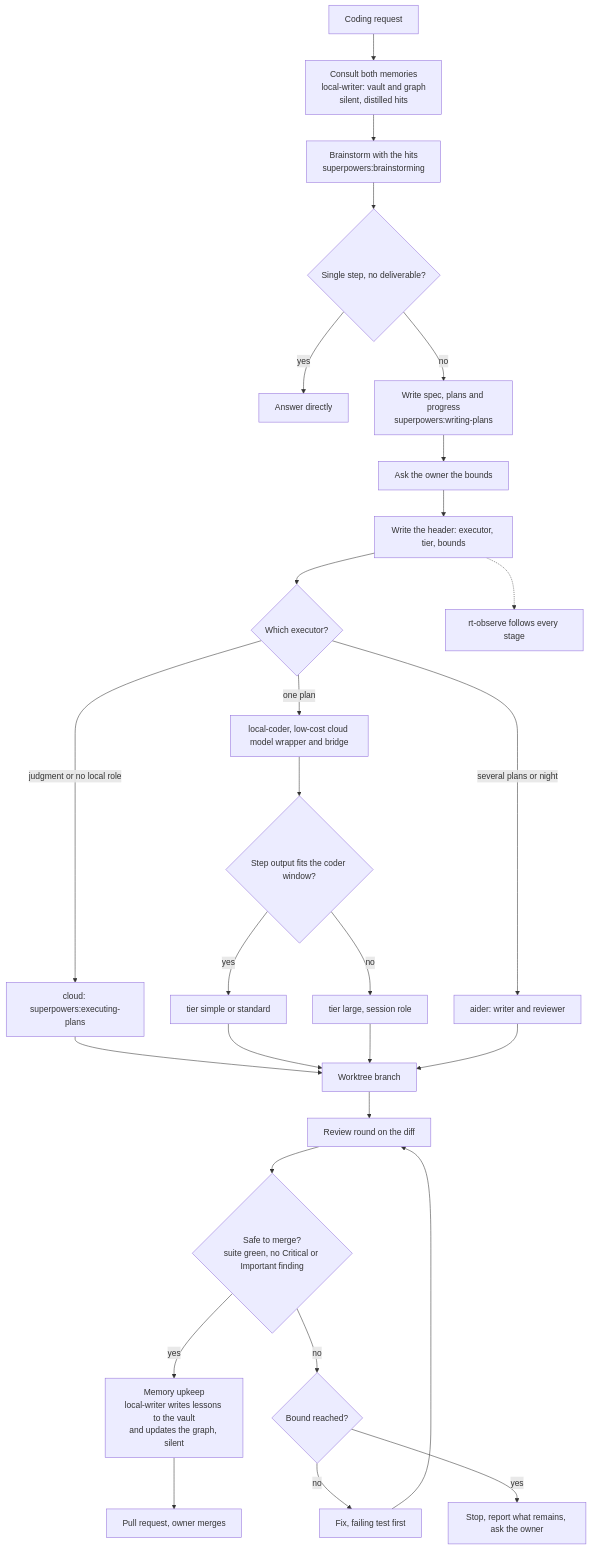
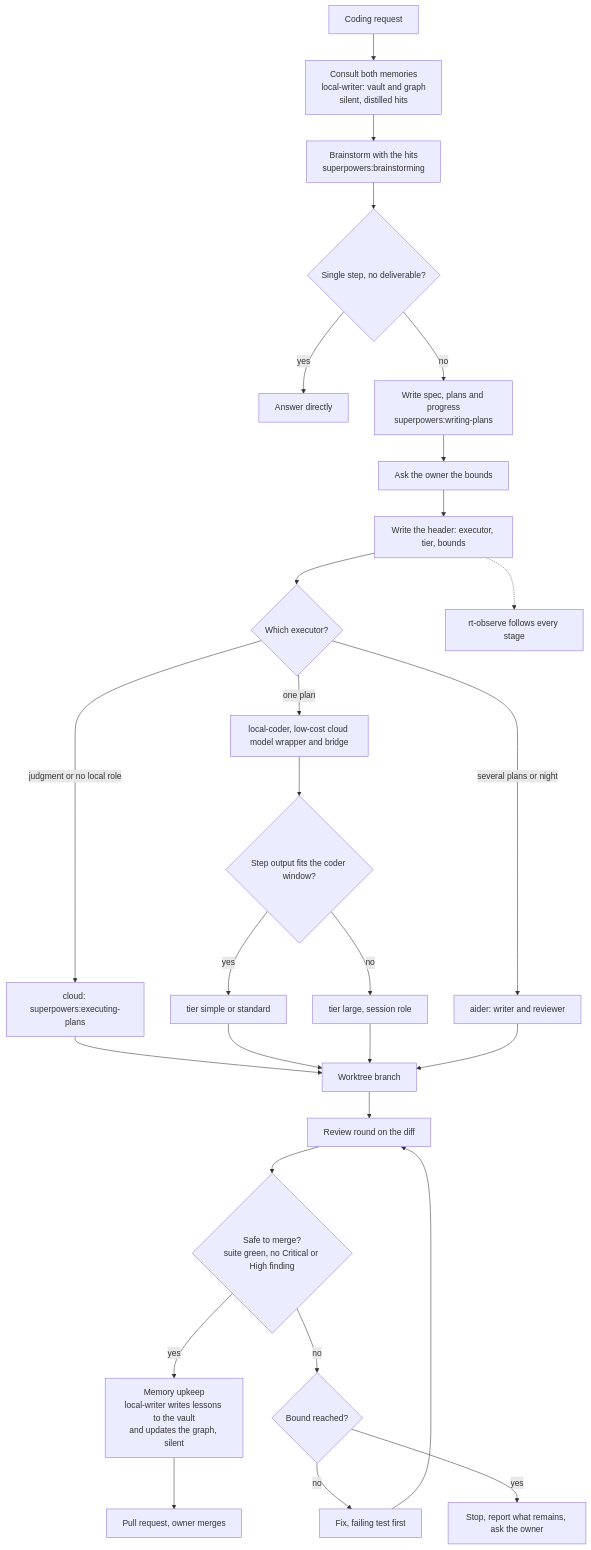
Before and after one commit to LARi-UQAC/ResearchTools: the diagram in docs/manual/diagrams/local-coding-flow.mmd, drawn with Mermaid. The commit also changed 16 other files, not shown here.

First line of the commit message:
fix: review round 3 - graph refresh kept, stop entry identity kept, wording and placement

```diff
--- a/docs/manual/diagrams/local-coding-flow.mmd
+++ b/docs/manual/diagrams/local-coding-flow.mmd
@@ -1,27 +1,27 @@
 flowchart TD
     A0["Coding request"] --> X["Consult both memories<br/>local-writer: vault and graph<br/>silent, distilled hits"]
     X --> A["Brainstorm with the hits<br/>superpowers:brainstorming"]
     A --> B{Single step, no deliverable?}
     B -- yes --> C[Answer directly]
     B -- no --> D["Write spec, plans and progress<br/>superpowers:writing-plans"]
     D --> E[Ask the owner the bounds]
     E --> F[Write the header: executor, tier, bounds]
     F --> G{Which executor?}
     G -- judgment or no local role --> H["cloud: superpowers:executing-plans"]
     G -- one plan --> J[local-coder, low-cost cloud model wrapper and bridge]
     J --> K{Step output fits the coder window?}
     K -- yes --> L[tier simple or standard]
     K -- no --> M[tier large, session role]
     G -- several plans or night --> N[aider: writer and reviewer]
     H --> O[Worktree branch]
     L --> O
     M --> O
     N --> O
     O --> P[Review round on the diff]
-    P --> Q{"Safe to merge?<br/>suite green, no Critical or Important finding"}
+    P --> Q{"Safe to merge?<br/>suite green, no Critical or High finding"}
     Q -- yes --> Y["Memory upkeep<br/>local-writer writes lessons to the vault<br/>and updates the graph, silent"]
     Y --> R[Pull request, owner merges]
     Q -- no --> S{Bound reached?}
     S -- no --> T[Fix, failing test first] --> P
     S -- yes --> U[Stop, report what remains, ask the owner]
     F -.-> V[rt-observe follows every stage]
```
